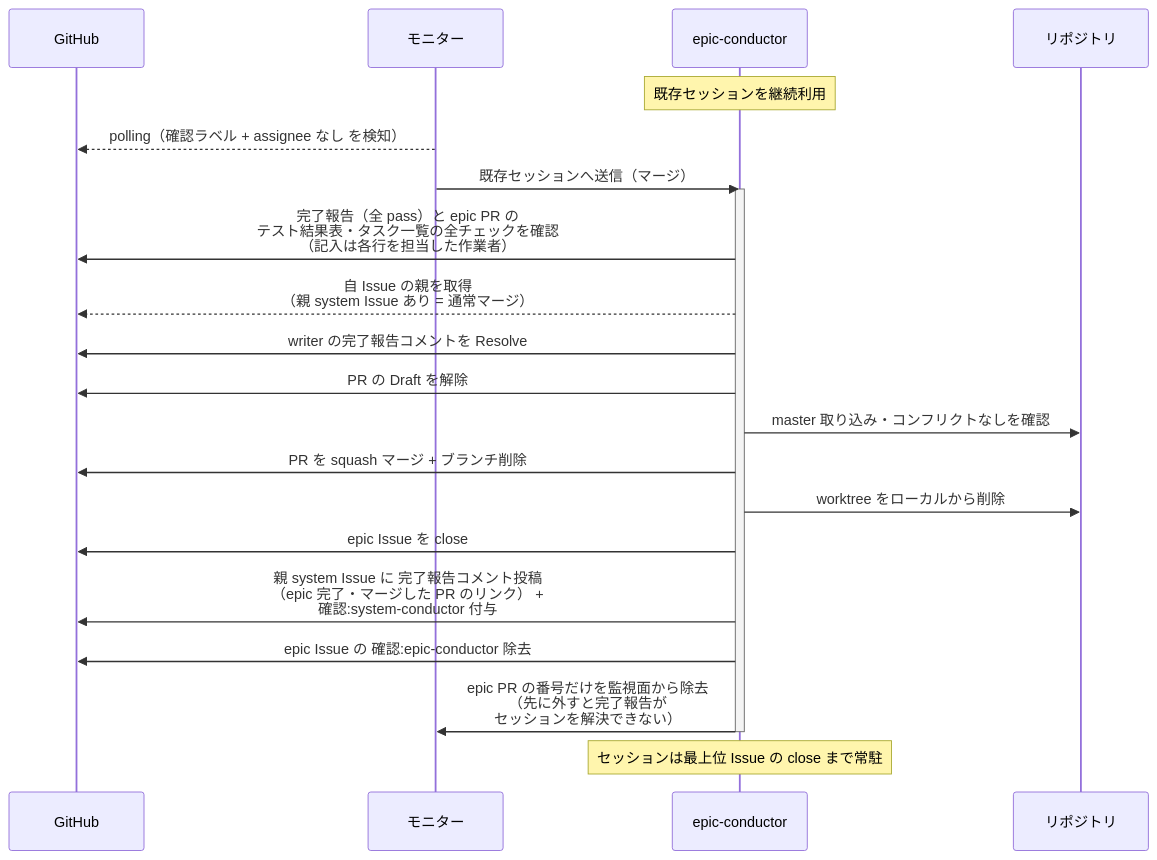
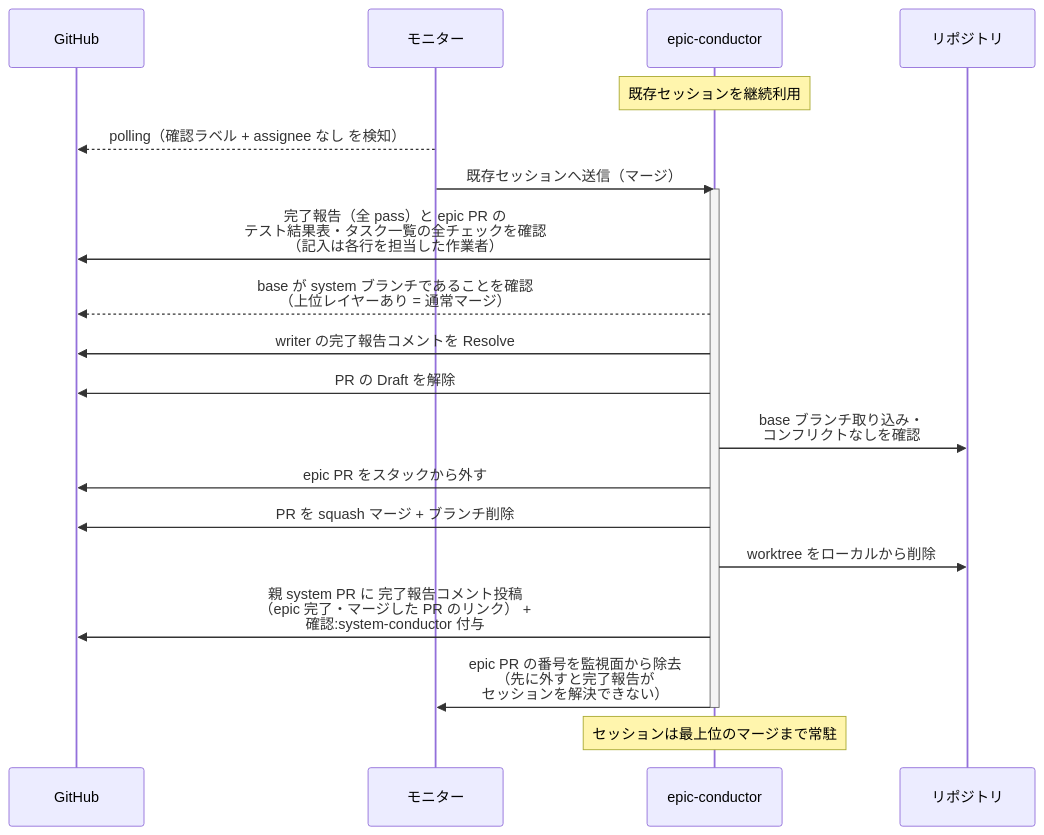
One commit to shuhei1101/ai-monitor changed the fifth of 7 diagrams in docs/wiki/設計図/シナリオ/単一ユースケース/マージ.md. Above: the diagram before and after it, drawn with Mermaid. The commit also changed other lines of this file and 256 other files, not shown here.

````diff
--- a/docs/wiki/設計図/シナリオ/単一ユースケース/マージ.md
+++ b/docs/wiki/設計図/シナリオ/単一ユースケース/マージ.md
@@ -177,25 +220,24 @@
 ```mermaid
 sequenceDiagram
   participant GH as GitHub
   participant ORC as モニター
   participant MON as epic-conductor
   participant REPO as リポジトリ
 
   Note over MON: 既存セッションを継続利用
   ORC-->>GH: polling（確認ラベル + assignee なし を検知）
   ORC->>MON: 既存セッションへ送信（マージ）
   activate MON
   MON->>GH: 完了報告（全 pass）と epic PR の<br>テスト結果表・タスク一覧の全チェックを確認<br>（記入は各行を担当した作業者）
-  MON-->>GH: 自 Issue の親を取得<br>（親 system Issue あり = 通常マージ）
+  MON-->>GH: base が system ブランチであることを確認<br>（上位レイヤーあり = 通常マージ）
   MON->>GH: writer の完了報告コメントを Resolve
   MON->>GH: PR の Draft を解除
-  MON->>REPO: master 取り込み・コンフリクトなしを確認
+  MON->>REPO: base ブランチ取り込み・<br>コンフリクトなしを確認
+  MON->>GH: epic PR をスタックから外す
   MON->>GH: PR を squash マージ + ブランチ削除
   MON->>REPO: worktree をローカルから削除
-  MON->>GH: epic Issue を close
-  MON->>GH: 親 system Issue に 完了報告コメント投稿<br>（epic 完了・マージした PR のリンク） +<br>確認:system-conductor 付与
-  MON->>GH: epic Issue の 確認:epic-conductor 除去
-  MON->>ORC: epic PR の番号だけを監視面から除去<br>（先に外すと完了報告が<br>セッションを解決できない）
+  MON->>GH: 親 system PR に 完了報告コメント投稿<br>（epic 完了・マージした PR のリンク） +<br>確認:system-conductor 付与
+  MON->>ORC: epic PR の番号を監視面から除去<br>（先に外すと完了報告が<br>セッションを解決できない）
   deactivate MON
-  Note over MON: セッションは最上位 Issue の close まで常駐
+  Note over MON: セッションは最上位のマージまで常駐
 ```
````
